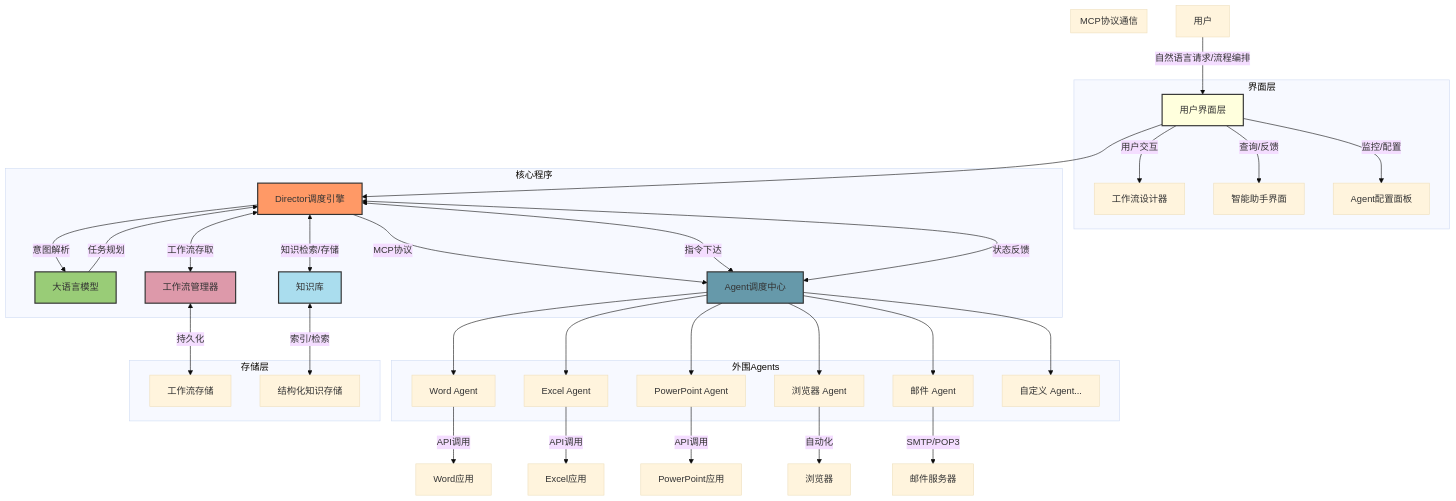
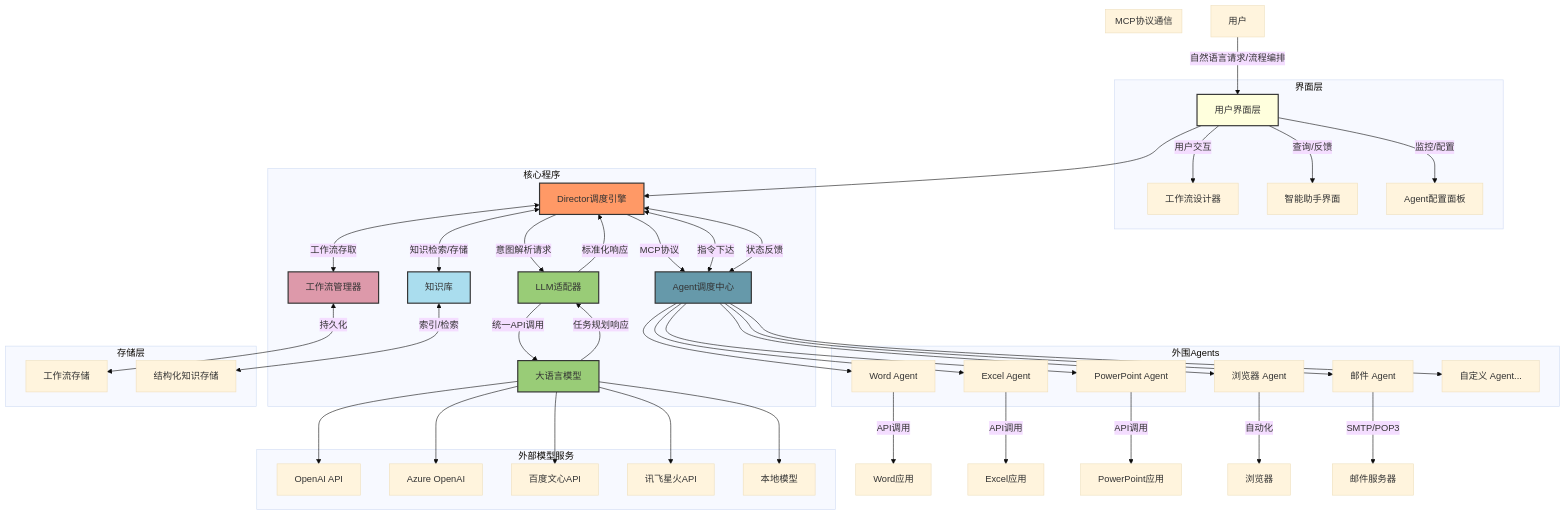
Before and after one commit to lornshrimp/Lorn.OpenAgenticAI: the first of 2 diagrams in README.md, drawn with Mermaid (base theme). The commit also changed other lines of this file and 4 other files, not shown here.

````diff
--- a/README.md
+++ b/README.md
@@ -45,51 +85,62 @@
 ```mermaid
 graph TD
     User[用户] --> |自然语言请求/流程编排| UI[用户界面层]
     
     subgraph "界面层"
         UI --> |用户交互| WorkflowUI[工作流设计器]
         UI --> |查询/反馈| AssistantUI[智能助手界面]
         UI --> |监控/配置| AgentConfigUI[Agent配置面板]
     end
     
     subgraph "核心程序"
         UI --> Director[Director调度引擎]
-        Director --> |意图解析| LLM[大语言模型]
-        LLM --> |任务规划| Director
+        Director --> |意图解析请求| LLMAdapter[LLM适配器]
+        LLMAdapter --> |统一API调用| LLM[大语言模型]
+        LLM --> |任务规划响应| LLMAdapter
+        LLMAdapter --> |标准化响应| Director
         Director --> |MCP协议| AgentHub[Agent调度中心]
         Director <--> |工作流存取| WorkflowManager[工作流管理器]
         Director <--> |知识检索/存储| KnowledgeBase[知识库]
+    end
+    
+    subgraph "外部模型服务"
+        LLM --> OpenAI[OpenAI API]
+        LLM --> AzureAI[Azure OpenAI]
+        LLM --> Baidu[百度文心API]
+        LLM --> Xunfei[讯飞星火API]
+        LLM --> LocalLLM[本地模型]
     end
     
     subgraph "外围Agents"
         AgentHub --> WordAgent[Word Agent]
         AgentHub --> ExcelAgent[Excel Agent]
         AgentHub --> PPTAgent[PowerPoint Agent]
         AgentHub --> BrowserAgent[浏览器 Agent]
         AgentHub --> EmailAgent[邮件 Agent]
         AgentHub --> CustomAgent[自定义 Agent...]
     end
     
     WordAgent --> |API调用| Word[Word应用]
     ExcelAgent --> |API调用| Excel[Excel应用]
     PPTAgent --> |API调用| PPT[PowerPoint应用]
     BrowserAgent --> |自动化| Browser[浏览器]
     EmailAgent --> |SMTP/POP3| EmailServer[邮件服务器]
     
     subgraph "MCP协议通信"
         Director <--> |指令下达| AgentHub
         AgentHub <--> |状态反馈| Director
     end
     
     subgraph "存储层"
         WorkflowManager <--> |持久化| WorkflowStore[工作流存储]
         KnowledgeBase <--> |索引/检索| KnowledgeStore[结构化知识存储]
     end
 
     style Director fill:#f96,stroke:#333,stroke-width:2px
     style AgentHub fill:#69a,stroke:#333,stroke-width:2px
+    style LLMAdapter fill:#9c7,stroke:#333,stroke-width:2px
     style LLM fill:#9c7,stroke:#333,stroke-width:2px
     style WorkflowManager fill:#d9a,stroke:#333,stroke-width:2px
     style KnowledgeBase fill:#ade,stroke:#333,stroke-width:2px
     style UI fill:#ffd,stroke:#333,stroke-width:2px
 ```
````
